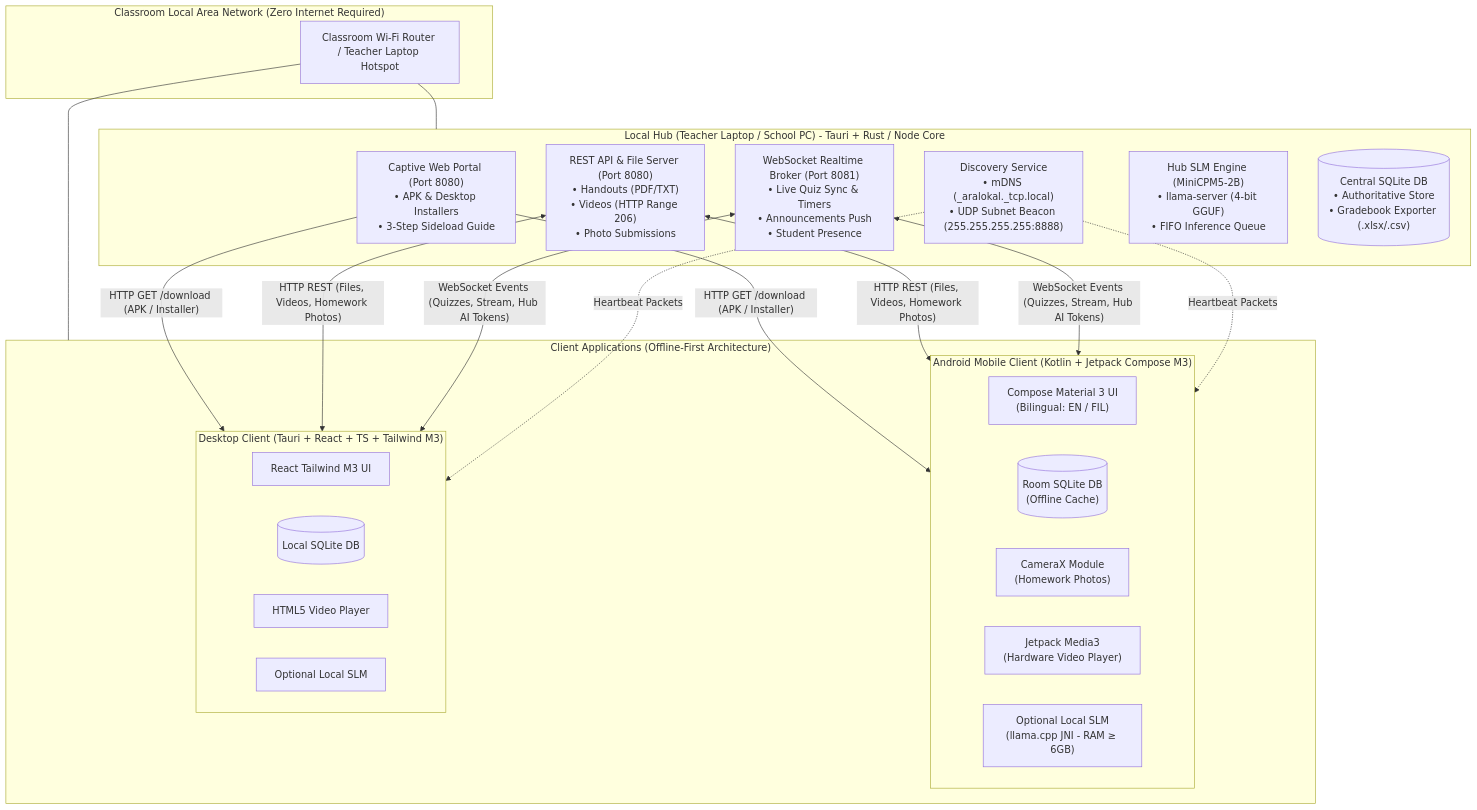
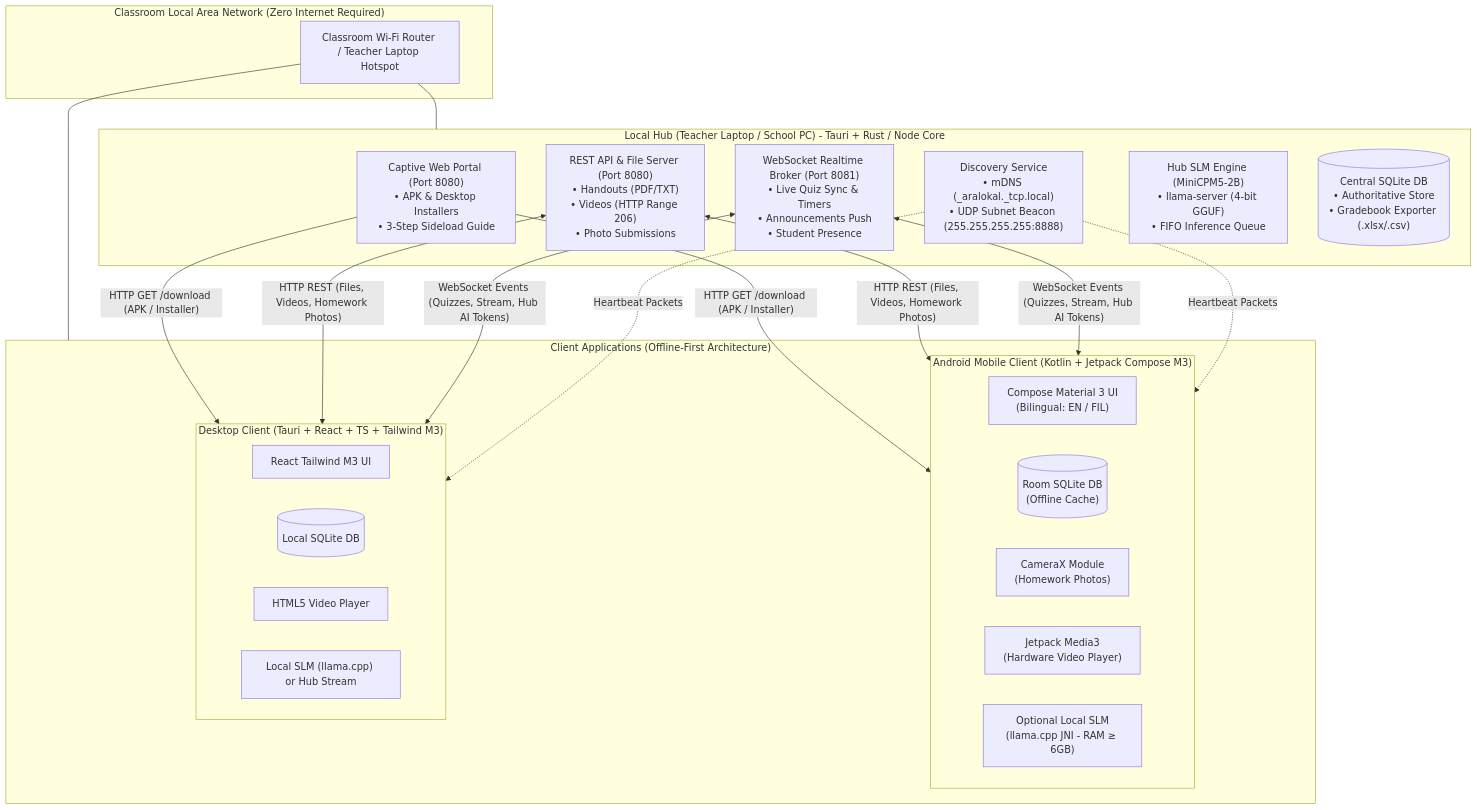
The first of 5 diagrams in PRD.md (BootlegYouki/AraLokal), drawn with Mermaid before and after one commit. The commit also changed other lines of this file and 1 other file, not shown here.

````diff
--- a/PRD.md
+++ b/PRD.md
@@ -45,40 +45,40 @@
 ```mermaid
 flowchart TD
  subgraph RouterArea["Classroom Local Area Network (Zero Internet Required)"]
  Router["Classroom Wi-Fi Router / Teacher Laptop Hotspot"]
  end
 
  subgraph HubServer["Local Hub (Teacher Laptop / School PC) - Tauri + Rust / Node Core"]
  Captive["Captive Web Portal (Port 8080)<br/>• APK & Desktop Installers<br/>• 3-Step Sideload Guide"]
  RestEngine["REST API & File Server (Port 8080)<br/>• Handouts (PDF/TXT)<br/>• Videos (HTTP Range 206)<br/>• Photo Submissions"]
  WsBroker["WebSocket Realtime Broker (Port 8081)<br/>• Live Quiz Sync & Timers<br/>• Announcements Push<br/>• Student Presence"]
  Discovery["Discovery Service<br/>• mDNS (_aralokal._tcp.local)<br/>• UDP Subnet Beacon (255.255.255.255:8888)"]
  HubAI["Hub SLM Engine (MiniCPM5-2B)<br/>• llama-server (4-bit GGUF)<br/>• FIFO Inference Queue"]
  CentralDB[("Central SQLite DB<br/>• Authoritative Store<br/>• Gradebook Exporter (.xlsx/.csv)")]
  end
 
  subgraph ClientApps["Client Applications (Offline-First Architecture)"]
  subgraph AndroidClient["Android Mobile Client (Kotlin + Jetpack Compose M3)"]
  DroidUI["Compose Material 3 UI<br/>(Bilingual: EN / FIL)"]
  DroidRoom[("Room SQLite DB<br/>(Offline Cache)")]
  DroidCam["CameraX Module<br/>(Homework Photos)"]
  DroidMedia["Jetpack Media3<br/>(Hardware Video Player)"]
  DroidAI["Optional Local SLM<br/>(llama.cpp JNI - RAM ≥ 6GB)"]
  end
 
  subgraph DesktopClient["Desktop Client (Tauri + React + TS + Tailwind M3)"]
  DeskUI["React Tailwind M3 UI"]
  DeskSQLite[("Local SQLite DB")]
  DeskVideo["HTML5 Video Player"]
- DeskAI["Optional Local SLM"]
+ DeskAI["Local SLM (llama.cpp) or Hub Stream"]
  end
  end
 
  Router --- HubServer
  Router --- ClientApps
 
  Captive -->|"HTTP GET /download (APK / Installer)"| AndroidClient & DesktopClient
  RestEngine <-->|"HTTP REST (Files, Videos, Homework Photos)"| AndroidClient & DesktopClient
  WsBroker <-->|"WebSocket Events (Quizzes, Stream, Hub AI Tokens)"| AndroidClient & DesktopClient
  Discovery -.->|"Heartbeat Packets"| AndroidClient & DesktopClient
 ```
````
